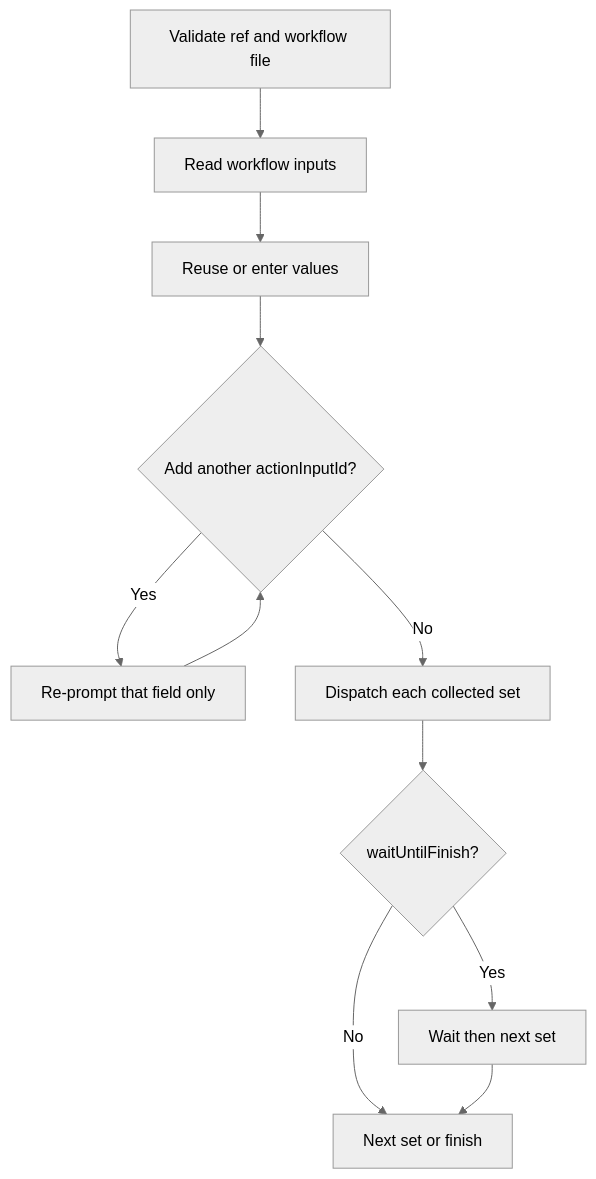
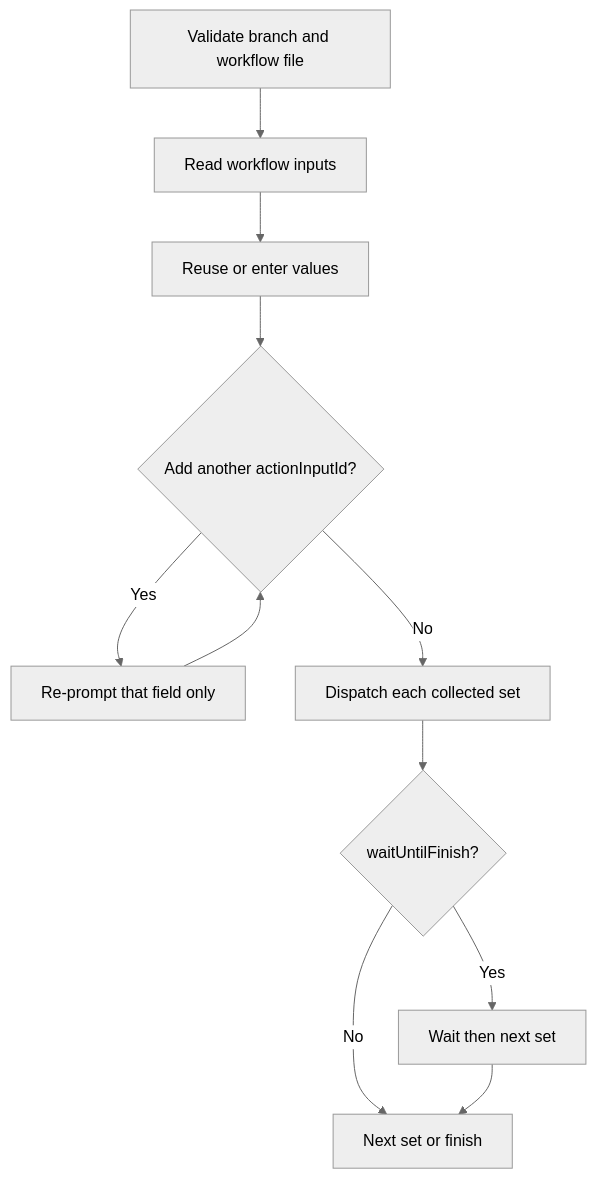
Before and after one commit to md-redwan-hossain/auto-gitflow: the fourth of 5 diagrams in README.md, drawn with Mermaid (neutral theme). The commit also changed other lines of this file and 4 other files, not shown here.

````diff
--- a/README.md
+++ b/README.md
@@ -287,13 +283,13 @@
 ```mermaid
 flowchart TD
-    A[Validate ref and workflow file] --> B[Read workflow inputs]
+    A[Validate branch and workflow file] --> B[Read workflow inputs]
     B --> C[Reuse or enter values]
     C --> D{Add another actionInputId?}
     D -->|Yes| E[Re-prompt that field only]
     E --> D
     D -->|No| F[Dispatch each collected set]
     F --> G{waitUntilFinish?}
     G -->|Yes| H[Wait then next set]
     G -->|No| I[Next set or finish]
     H --> I
 ```
````
